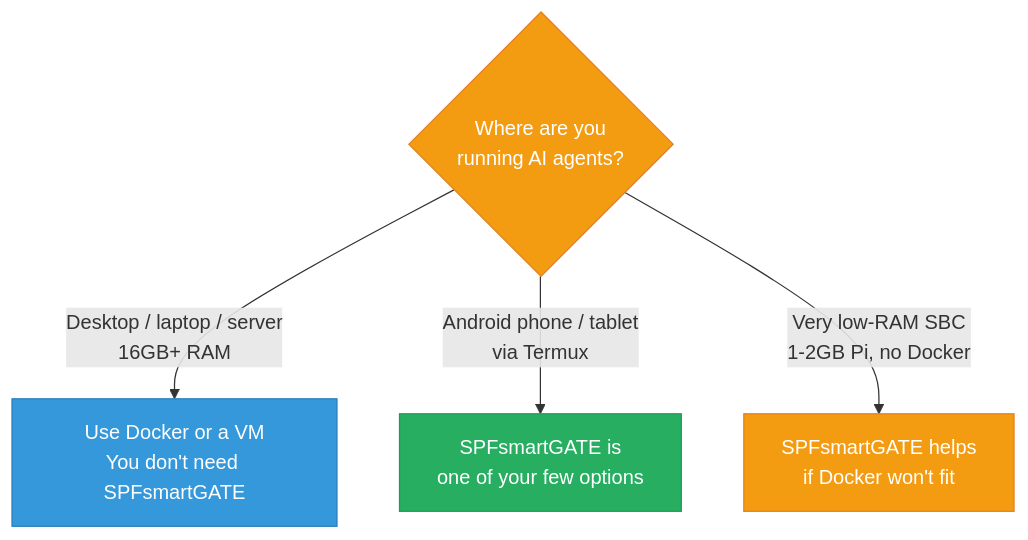
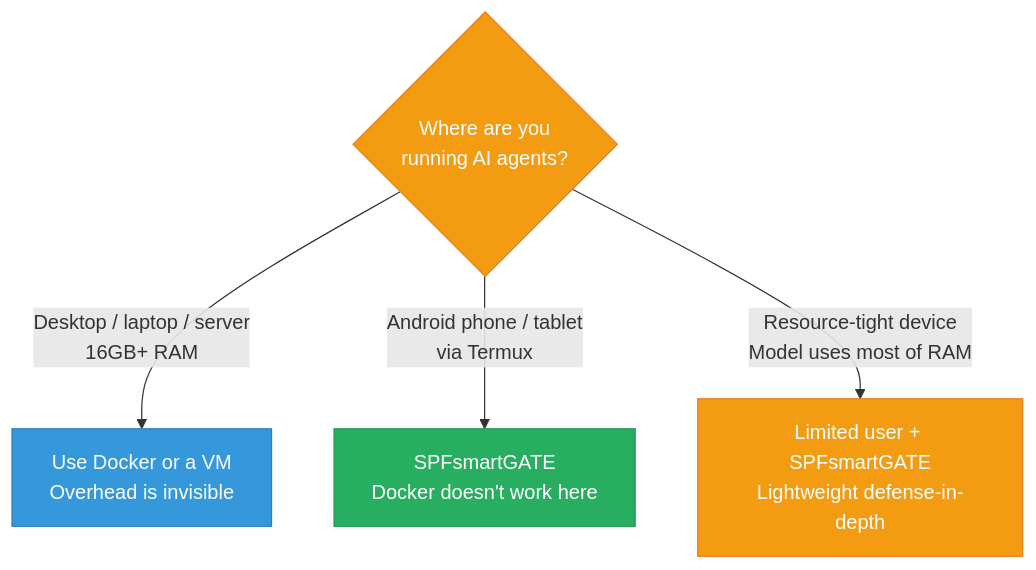
One commit to mvalancy/SPFsmartGATE changed the second of 3 diagrams in README.md. Above: the diagram before and after it, drawn with Mermaid. The commit also changed other lines of this file and 1 other file, not shown here.

First line of the commit message:
Add resource cost comparison and limited Unix user approach

````diff
--- a/README.md
+++ b/README.md
@@ -60,11 +60,11 @@
 ```mermaid
 graph TD
-    Q{"Where are you<br/>running AI agents?"} -->|"Desktop / laptop / server<br/>16GB+ RAM"| DOCKER["Use Docker or a VM<br/>You don't need SPFsmartGATE"]
-    Q -->|"Android phone / tablet<br/>via Termux"| SPF["SPFsmartGATE is<br/>one of your few options"]
-    Q -->|"Very low-RAM SBC<br/>1-2GB Pi, no Docker"| MAYBE["SPFsmartGATE helps<br/>if Docker won't fit"]
+    Q{"Where are you<br/>running AI agents?"} -->|"Desktop / laptop / server<br/>16GB+ RAM"| DOCKER["Use Docker or a VM<br/>Overhead is invisible"]
+    Q -->|"Android phone / tablet<br/>via Termux"| SPF["SPFsmartGATE<br/>Docker doesn't work here"]
+    Q -->|"Resource-tight device<br/>Model uses most of RAM"| LIGHT["Limited user + SPFsmartGATE<br/>Lightweight defense-in-depth"]
 
     style Q fill:#F39C12,stroke:#E67E22,color:#fff
     style DOCKER fill:#3498DB,stroke:#2980B9,color:#fff
     style SPF fill:#27AE60,stroke:#219A52,color:#fff
-    style MAYBE fill:#F39C12,stroke:#E67E22,color:#fff
+    style LIGHT fill:#F39C12,stroke:#E67E22,color:#fff
 ```
````
